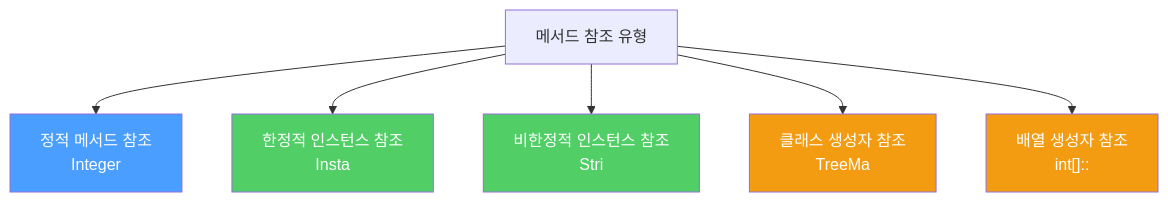
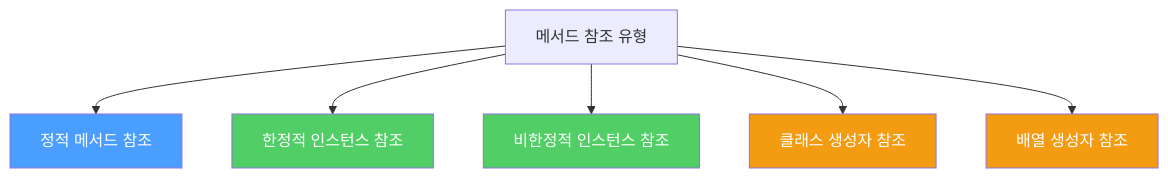
One commit to yjkim2015/yjkim2015.github.io changed the diagram in _posts/java/2022-01-18-effective-java43.md. Above: the diagram before and after it, drawn with Mermaid. The commit also changed 217 other files, not shown here.

First line of the commit message:
Mermaid 크기 수정: useMaxWidth:true + SVG max-width:100% + 라벨 축소

````diff
--- a/_posts/java/2022-01-18-effective-java43.md
+++ b/_posts/java/2022-01-18-effective-java43.md
@@ -48,13 +48,13 @@
 ```mermaid
 graph TD
-    A["메서드 참조 유형"] --> B["정적 메서드 참조\nInteger"]
-    A --> C["한정적 인스턴스 참조\nInsta"]
-    A --> D["비한정적 인스턴스 참조\nStri"]
-    A --> E["클래스 생성자 참조\nTreeMa"]
-    A --> F["배열 생성자 참조\nint[]::"]
+    A["메서드 참조 유형"] --> B["정적 메서드 참조"]
+    A --> C["한정적 인스턴스 참조"]
+    A --> D["비한정적 인스턴스 참조"]
+    A --> E["클래스 생성자 참조"]
+    A --> F["배열 생성자 참조"]
     style B fill:#4a9eff,color:#fff
     style C fill:#51cf66,color:#fff
     style D fill:#51cf66,color:#fff
     style E fill:#f39c12,color:#fff
     style F fill:#f39c12,color:#fff
 ```
````
